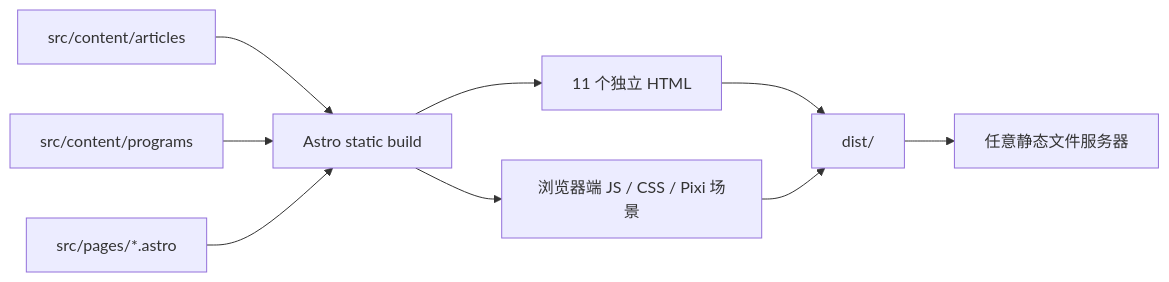
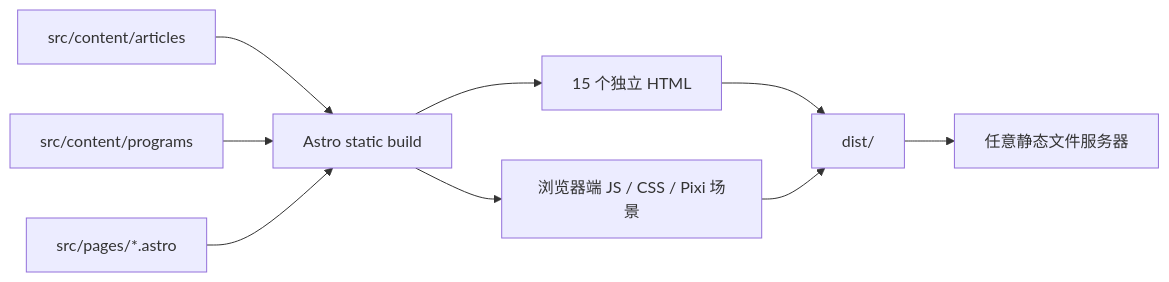
One commit to WALK-FISH2/walk_fish_net changed the diagram in 03_SourceCode/Website/architecture.md. Above: the diagram before and after it, drawn with Mermaid. The commit also changed other lines of this file and 14 other files, not shown here.

````diff
--- a/03_SourceCode/Website/architecture.md
+++ b/03_SourceCode/Website/architecture.md
@@ -36,20 +36,20 @@
 ```mermaid
 flowchart LR
     Articles["src/content/articles"]
     Programs["src/content/programs"]
     Pages["src/pages/*.astro"]
     Astro["Astro static build"]
-    HTML["11 个独立 HTML"]
+    HTML["15 个独立 HTML"]
     Assets["浏览器端 JS / CSS / Pixi 场景"]
     Dist["dist/"]
     Host["任意静态文件服务器"]
 
     Articles --> Astro
     Programs --> Astro
     Pages --> Astro
     Astro --> HTML
     Astro --> Assets
     HTML --> Dist
     Assets --> Dist
     Dist --> Host
 ```
````
